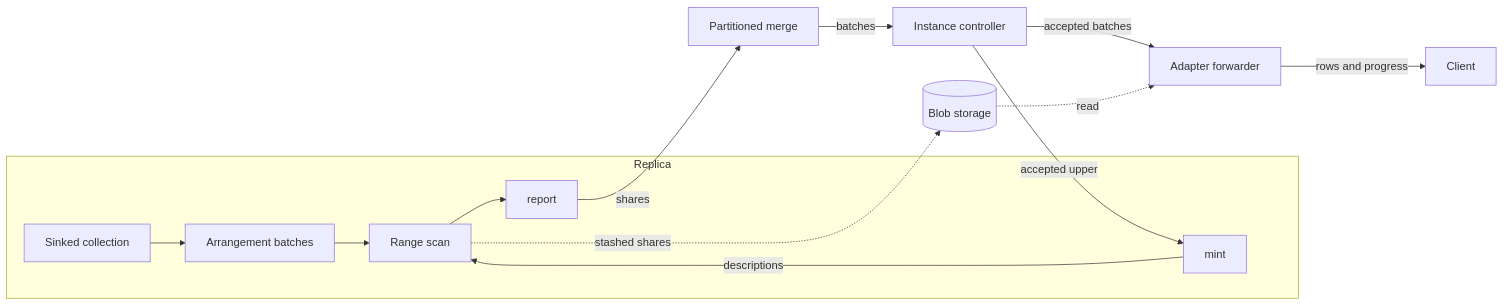
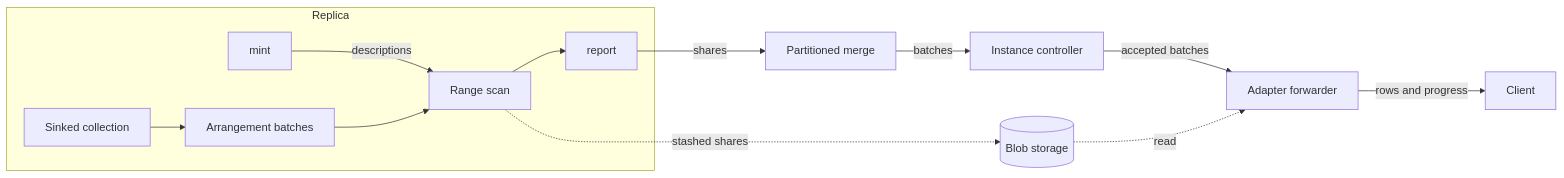
The diagram in doc/developer/design/20261021_batched_subscribe.md (MaterializeInc/materialize), drawn with Mermaid before and after one commit. The commit also changed other lines of this file and 1 other file, not shown here.

````diff
--- a/doc/developer/design/20261021_batched_subscribe.md
+++ b/doc/developer/design/20261021_batched_subscribe.md
@@ -39,16 +39,15 @@
 ```mermaid
 flowchart LR
     subgraph replica [Replica]
         input[Sinked collection] --> arrange[Arrangement batches]
         mint -- descriptions --> scan[Range scan]
         arrange --> scan
         scan --> report
     end
     report -- shares --> merge[Partitioned merge]
     merge -- batches --> cutover[Instance controller]
-    cutover -- accepted upper --> mint
     cutover -- accepted batches --> forwarder[Adapter forwarder]
     forwarder -- rows and progress --> client[Client]
     scan -. stashed shares .-> blob[(Blob storage)]
     blob -. read .-> forwarder
 ```
````
